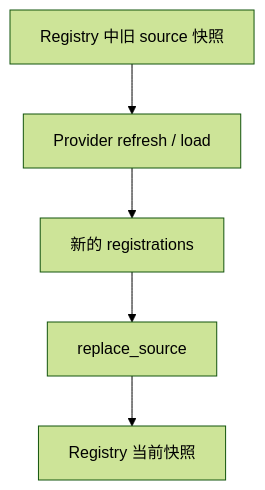
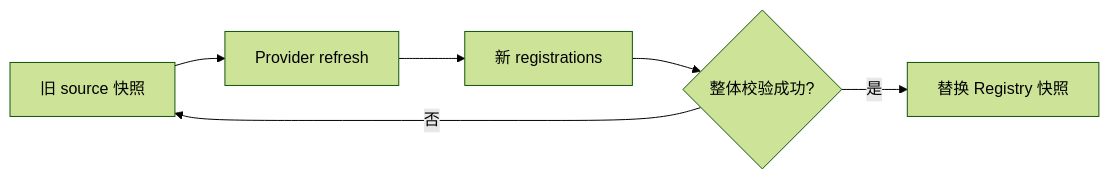
Before and after one commit to Arthur999459up/GitAgent: the fifth of 15 diagrams in docs/05-capability-and-tool-system.md, drawn with Mermaid (forest theme). The commit also changed other lines of this file and 15 other files, not shown here.

````diff
--- a/docs/05-capability-and-tool-system.md
+++ b/docs/05-capability-and-tool-system.md
@@ -235,7 +136,8 @@
 ```mermaid
-flowchart TD
-    OLD[Registry 中旧 source 快照] --> REF[Provider refresh / load]
-    REF --> NEW[新的 registrations]
-    NEW --> REP[replace_source]
-    REP --> CUR[Registry 当前快照]
+flowchart LR
+    O[旧 source 快照] --> F[Provider refresh]
+    F --> N[新 registrations]
+    N --> V{整体校验成功?}
+    V -->|是| C[替换 Registry 快照]
+    V -->|否| O
 ```
````
